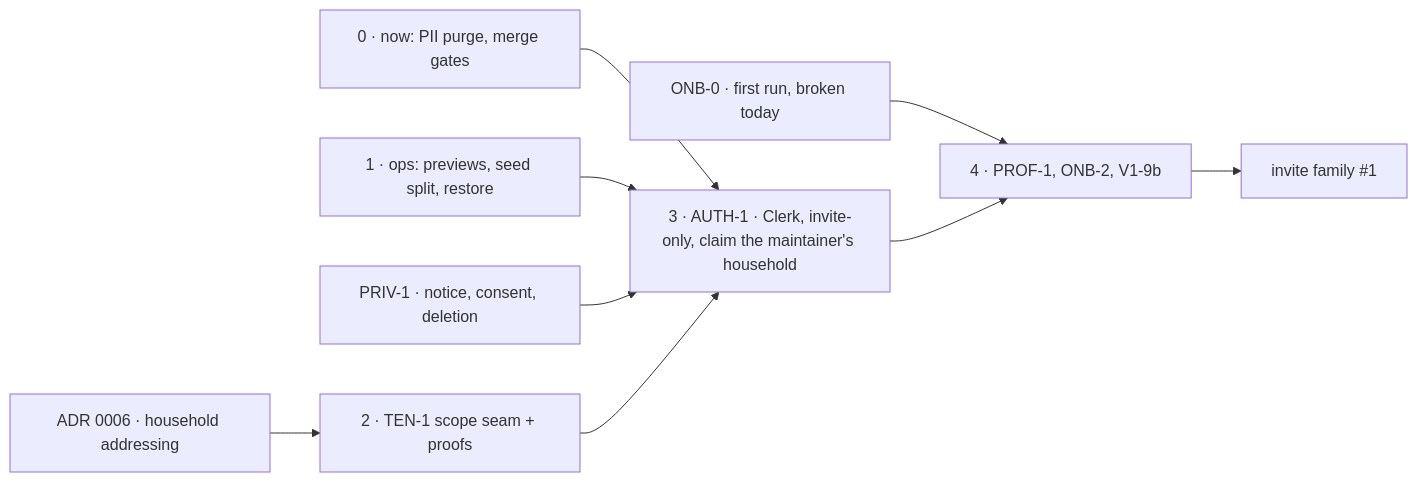
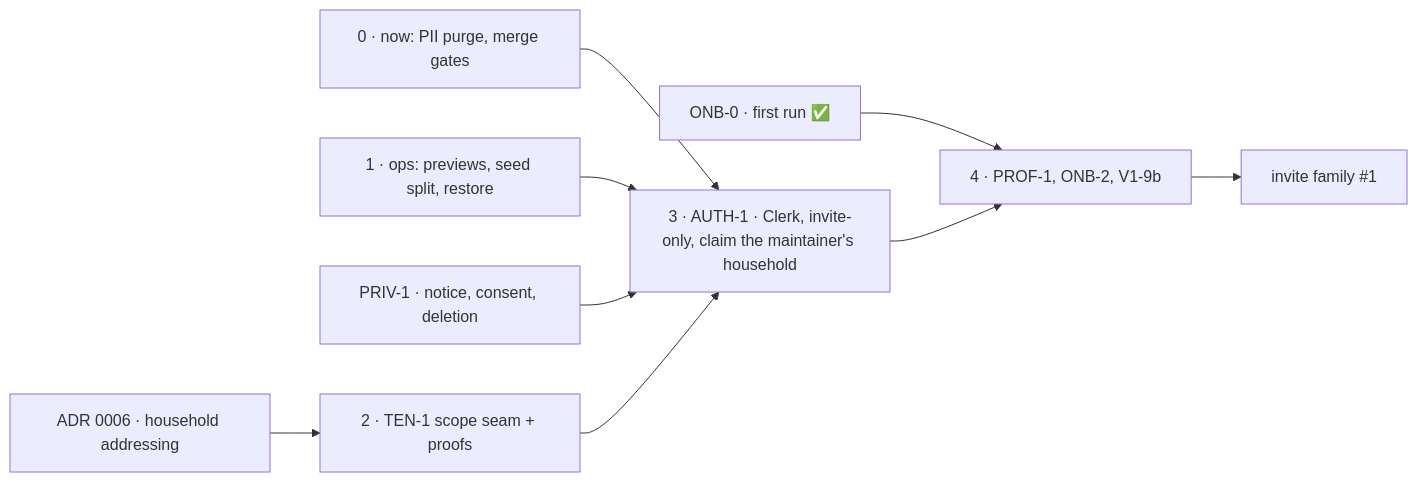
The diagram in docs/milestones/beta-1.md (ralamode/mat-plan), drawn with Mermaid before and after one commit. The commit also changed other lines of this file and 29 other files, not shown here.

````diff
--- a/docs/milestones/beta-1.md
+++ b/docs/milestones/beta-1.md
@@ -77,11 +77,11 @@
 ```mermaid
 flowchart LR
   N[0 · now: PII purge, merge gates] --> AU
   O[1 · ops: previews, seed split, restore] --> AU
-  ONB[ONB-0 · first run, broken today] --> S
+  ONB[ONB-0 · first run ✅] --> S
   PRIV[PRIV-1 · notice, consent, deletion] --> AU
   C[ADR 0006 · household addressing] --> T[2 · TEN-1 scope seam + proofs]
   T --> AU[3 · AUTH-1 · Clerk, invite-only, claim the maintainer's household]
   AU --> S[4 · PROF-1, ONB-2, V1-9b]
   S --> I[invite family #1]
 ```
````
